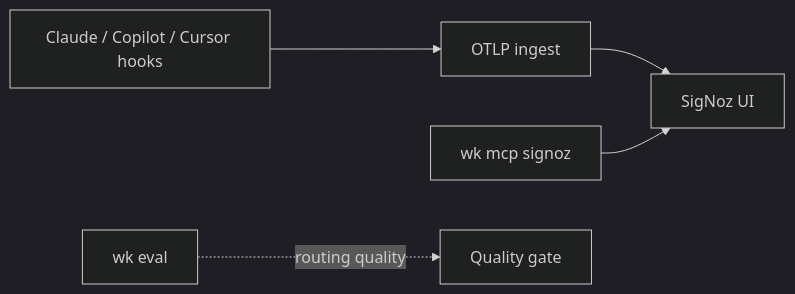
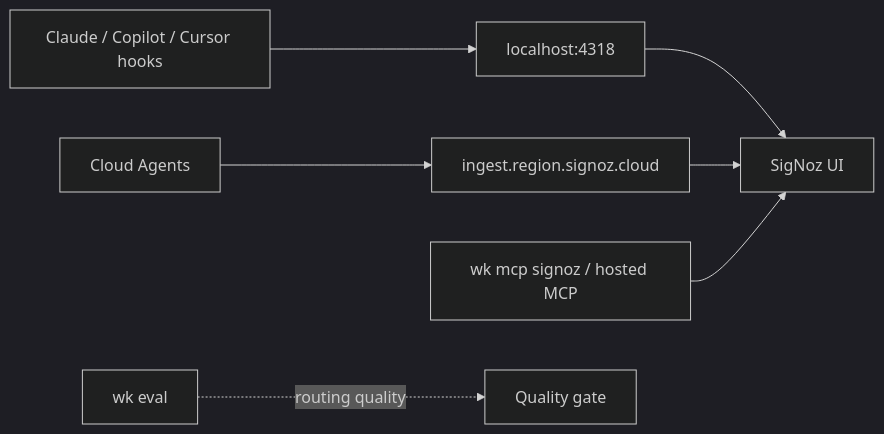
One commit to mzworthington/waykit changed the diagram in SOPs/coding-agent-observability.md. Above: the diagram before and after it, drawn with Mermaid (dark theme). The commit also changed other lines of this file and 21 other files, not shown here.

````diff
--- a/SOPs/coding-agent-observability.md
+++ b/SOPs/coding-agent-observability.md
@@ -20,11 +21,14 @@
 ```mermaid
 flowchart LR
-  hosts[Claude / Copilot / Cursor hooks]
-  otlp[OTLP ingest]
+  desktop[Claude / Copilot / Cursor hooks]
+  cloud[Cloud Agents]
+  local[localhost:4318]
+  ingest[ingest.region.signoz.cloud]
   ui[SigNoz UI]
-  mcp[wk mcp signoz]
+  mcp[wk mcp signoz / hosted MCP]
   ev[wk eval]
-  hosts --> otlp --> ui
+  desktop --> local --> ui
+  cloud --> ingest --> ui
   mcp --> ui
   ev -.->|routing quality| gate[Quality gate]
 ```
````
